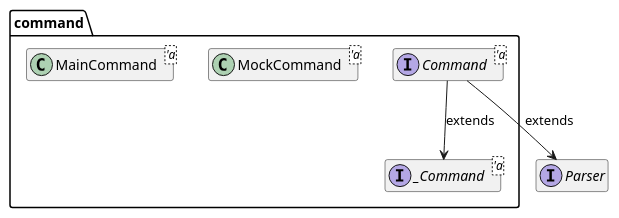
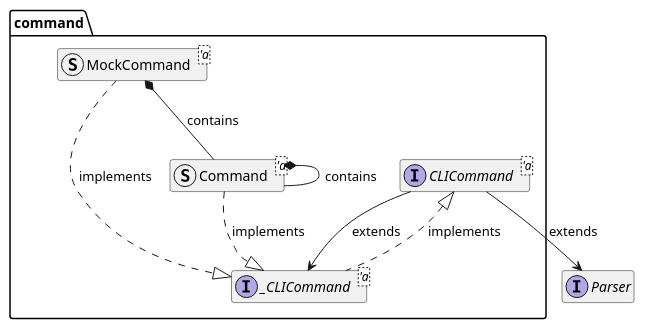
One commit to ayeniswe/statpack changed the diagram in docs/uml/command.pu. Above: the diagram before and after it, drawn with PlantUML. The commit also changed 72 other files, not shown here.

```diff
--- a/docs/uml/command.pu
+++ b/docs/uml/command.pu
@@ -1,24 +1,29 @@
 @startuml command
 hide fields
 hide methods
 
 package command {
-    interface _Command<'a> {
+    interface _CLICommand<'a> {
     }
-    interface Command<'a> {
+    interface CLICommand<'a> {
     }
 
-    class MockCommand<'a> {
+    struct MockCommand<'a> {
     }
-    class MainCommand<'a> {
+    struct Command<'a> {
     }
 
-    Command --> _Command : extends
+    CLICommand --> _CLICommand : extends
+    CLICommand <|.. _CLICommand : implements
+    MockCommand ..|> _CLICommand : implements
+    Command ..|> _CLICommand : implements
+    MockCommand *-- Command : contains
+    Command *-- Command : contains
 }
 
 interface Parser {
 }
 
 ' Relationships between modules
-Command --> Parser : extends
+CLICommand --> Parser : extends
 @enduml
```
